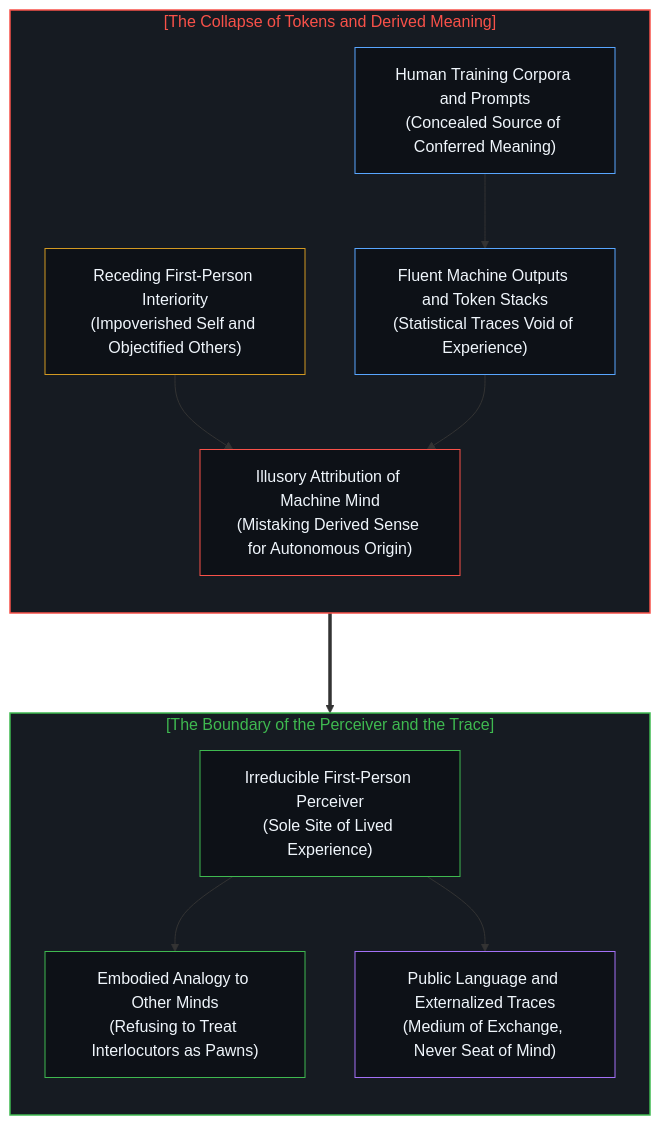
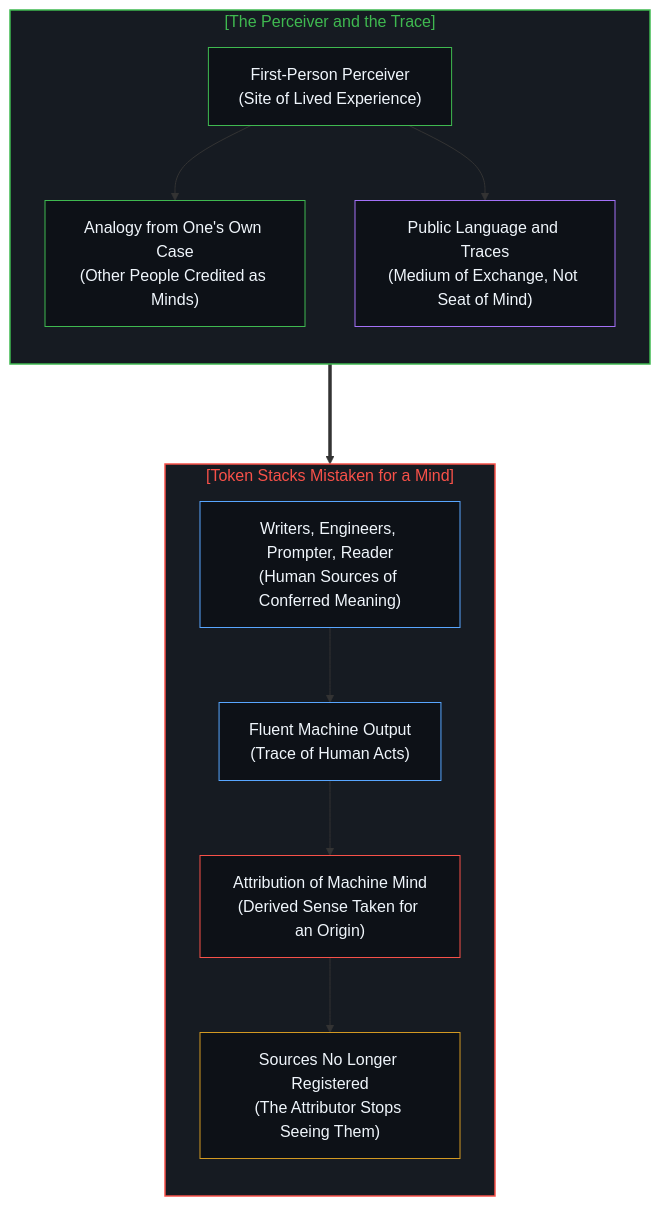
One commit to powerpig99/not-a-toe changed the second of 2 diagrams in content/posts/the-perceiver-and-the-trace.md. Above: the diagram before and after it, drawn with Mermaid. The commit also changed other lines of this file and 2 other files, not shown here.

Commit message:
Wave 2 L2 node 9 refinement: the-perceiver-and-the-trace

````diff
--- a/content/posts/the-perceiver-and-the-trace.md
+++ b/content/posts/the-perceiver-and-the-trace.md
@@ -68,34 +68,34 @@
 ```mermaid
 graph TD
-    subgraph S_COLLAPSE ["[The Collapse of Tokens and Derived Meaning]"]
+    subgraph S_SOVEREIGNTY ["[The Perceiver and the Trace]"]
         direction TB
-        C1["Receding First-Person Interiority<br/>(Impoverished Self and Objectified Others)"]
-        C2["Human Training Corpora and Prompts<br/>(Concealed Source of Conferred Meaning)"]
-        C3["Fluent Machine Outputs and Token Stacks<br/>(Statistical Traces Void of Experience)"]
-        C4["Illusory Attribution of Machine Mind<br/>(Mistaking Derived Sense for Autonomous Origin)"]
-        C1 --> C4
-        C2 --> C3
-        C3 --> C4
-    end
-
-    subgraph S_SOVEREIGNTY ["[The Boundary of the Perceiver and the Trace]"]
-        direction TB
-        M1["Irreducible First-Person Perceiver<br/>(Sole Site of Lived Experience)"]
-        M2["Embodied Analogy to Other Minds<br/>(Refusing to Treat Interlocutors as Pawns)"]
-        M3["Public Language and Externalized Traces<br/>(Medium of Exchange, Never Seat of Mind)"]
+        M1["First-Person Perceiver<br/>(Site of Lived Experience)"]
+        M2["Analogy from One's Own Case<br/>(Other People Credited as Minds)"]
+        M3["Public Language and Traces<br/>(Medium of Exchange, Not Seat of Mind)"]
         M1 --> M2
         M1 --> M3
     end
 
-    C4 ===> M1
+    subgraph S_COLLAPSE ["[Token Stacks Mistaken for a Mind]"]
+        direction TB
+        C2["Writers, Engineers, Prompter, Reader<br/>(Human Sources of Conferred Meaning)"]
+        C3["Fluent Machine Output<br/>(Trace of Human Acts)"]
+        C4["Attribution of Machine Mind<br/>(Derived Sense Taken for an Origin)"]
+        C1["Sources No Longer Registered<br/>(The Attributor Stops Seeing Them)"]
+        C2 --> C3
+        C3 --> C4
+        C4 --> C1
+    end
+
+    M1 ===> C4
 
     style S_COLLAPSE fill:#161b22,stroke:#f85149,stroke-width:1.5px,color:#f85149
     style S_SOVEREIGNTY fill:#161b22,stroke:#3fb950,stroke-width:1.5px,color:#3fb950
     style C1 fill:#0d1117,stroke:#d29922,stroke-width:1px,color:#f0f6fc
     style C2 fill:#0d1117,stroke:#58a6ff,stroke-width:1px,color:#f0f6fc
     style C3 fill:#0d1117,stroke:#58a6ff,stroke-width:1px,color:#f0f6fc
     style C4 fill:#0d1117,stroke:#f85149,stroke-width:1px,color:#f0f6fc
     style M1 fill:#0d1117,stroke:#3fb950,stroke-width:1px,color:#f0f6fc
     style M2 fill:#0d1117,stroke:#3fb950,stroke-width:1px,color:#f0f6fc
     style M3 fill:#0d1117,stroke:#a371f7,stroke-width:1px,color:#f0f6fc
 ```
````
